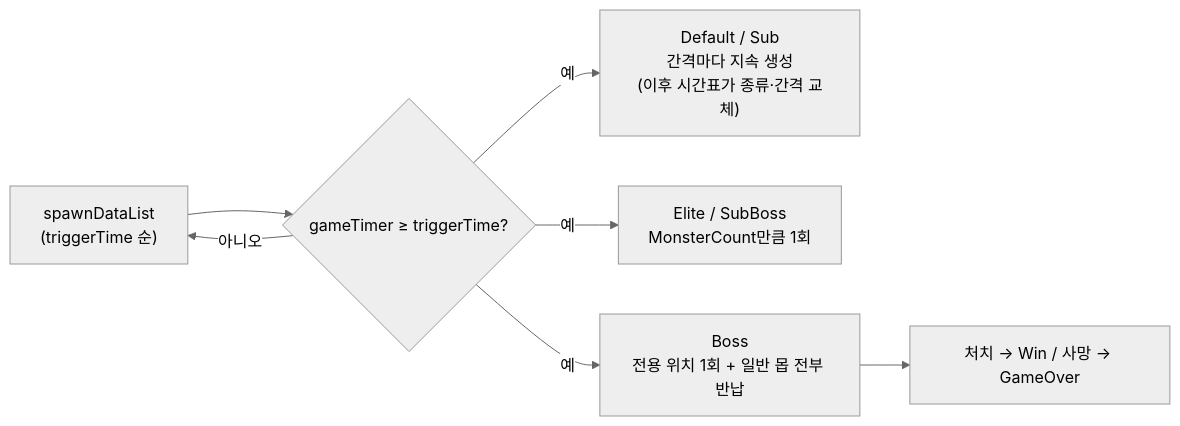
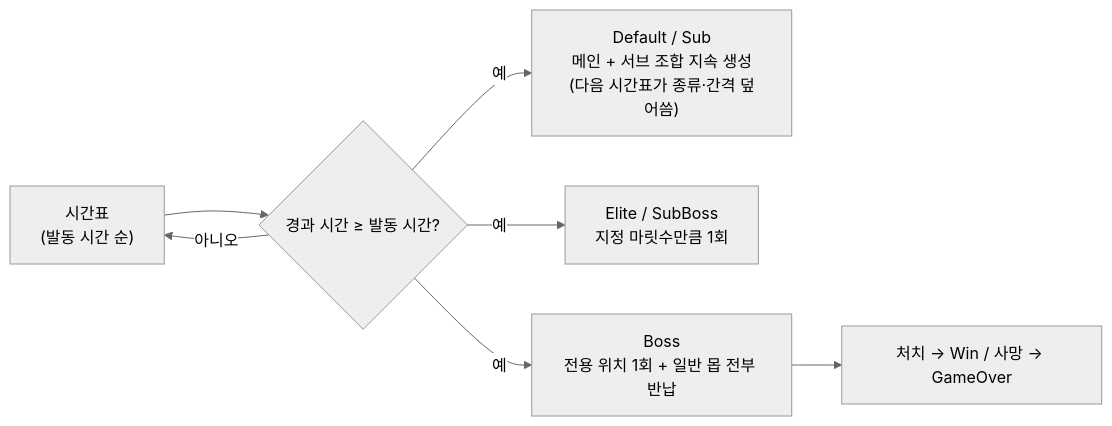
The fifth of 10 diagrams in src/03-dgs/기술문서.md (NaJungWon/portfolio), drawn with Mermaid (neutral theme) before and after one commit. The commit also changed other lines of this file and 4 other files, not shown here.

````diff
--- a/src/03-dgs/기술문서.md
+++ b/src/03-dgs/기술문서.md
@@ -182,9 +325,9 @@
 ```mermaid
 flowchart LR
-    A["spawnDataList<br/>(triggerTime 순)"] --> B{"gameTimer ≥ triggerTime?"}
+    A["시간표<br/>(발동 시간 순)"] --> B{"경과 시간 ≥ 발동 시간?"}
     B -->|"아니오"| A
-    B -->|"예"| C["Default / Sub<br/>간격마다 지속 생성<br/>(이후 시간표가 종류·간격 교체)"]
-    B -->|"예"| D["Elite / SubBoss<br/>MonsterCount만큼 1회"]
+    B -->|"예"| C["Default / Sub<br/>메인 + 서브 조합 지속 생성<br/>(다음 시간표가 종류·간격 덮어씀)"]
+    B -->|"예"| D["Elite / SubBoss<br/>지정 마릿수만큼 1회"]
     B -->|"예"| E["Boss<br/>전용 위치 1회 + 일반 몹 전부 반납"]
     E --> F["처치 → Win / 사망 → GameOver"]
 ```
````
